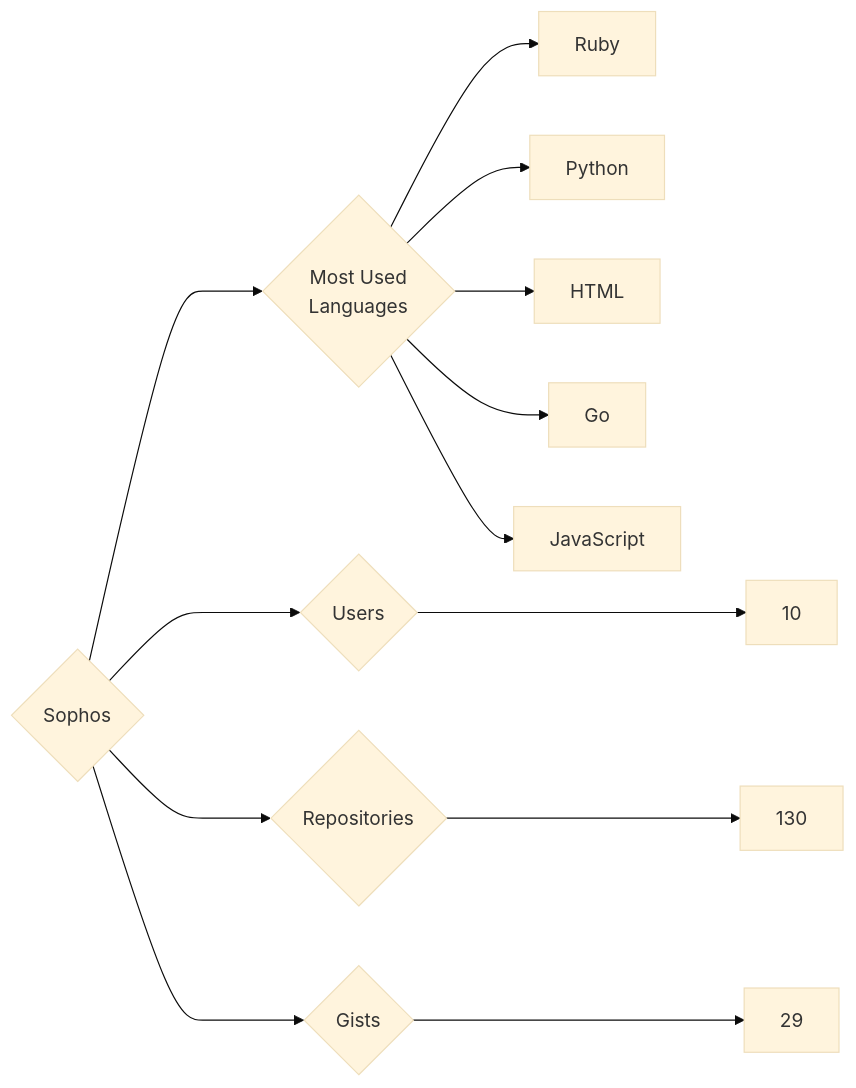
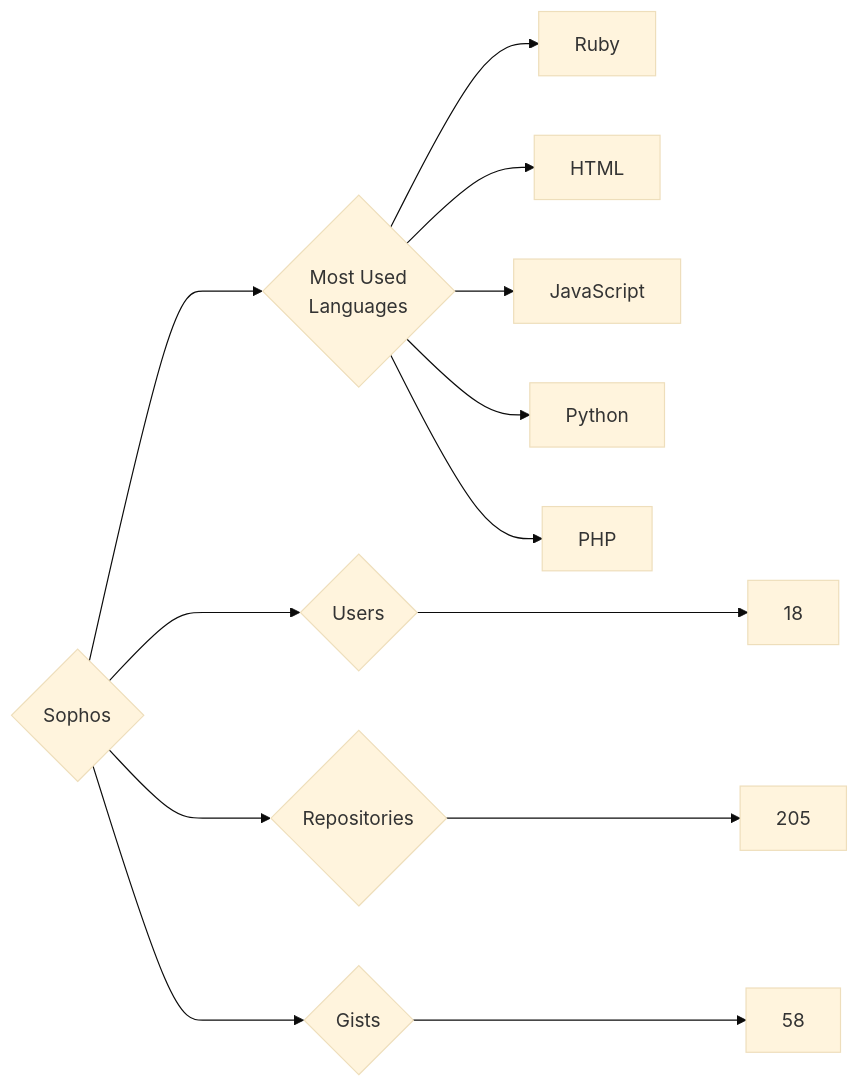
Before and after one commit to trickest/insiders: the diagram in targets/Sophos/README.md, drawn with Mermaid (base theme). The commit also changed 870 other files, not shown here.

````diff
--- a/targets/Sophos/README.md
+++ b/targets/Sophos/README.md
@@ -3,13 +3,13 @@
 ```mermaid
 graph LR
 COMPANY_NAME{Sophos}
-COMPANY_NAME ---> U{Users} ---> UN[10]
-COMPANY_NAME ---> R{Repositories} ---> RN[130]
-COMPANY_NAME ---> G{Gists} ---> GN[29]
+COMPANY_NAME ---> U{Users} ---> UN[18]
+COMPANY_NAME ---> R{Repositories} ---> RN[205]
+COMPANY_NAME ---> G{Gists} ---> GN[58]
 COMPANY_NAME ---> ML{Most Used<br>Languages}
 ML --> Ruby[Ruby]
+ML --> HTML[HTML]
+ML --> JavaScript[JavaScript]
 ML --> Python[Python]
-ML --> HTML[HTML]
-ML --> Go[Go]
-ML --> JavaScript[JavaScript]
+ML --> PHP[PHP]
 ```
````
